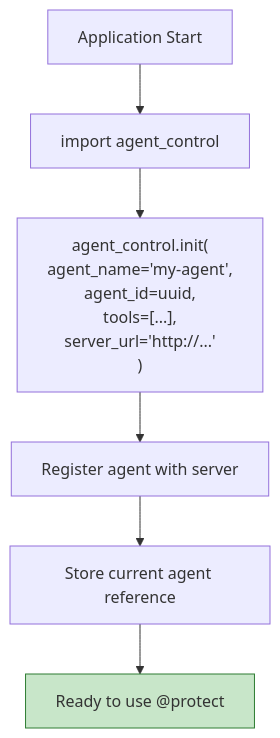
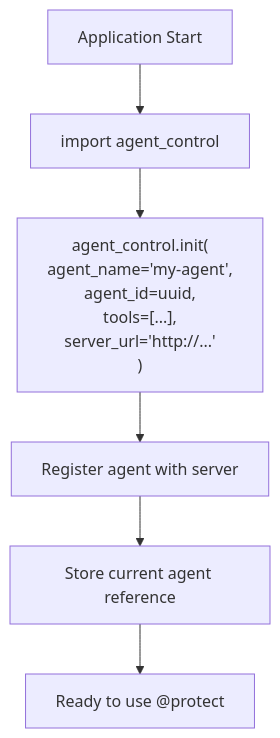
One commit to agentcontrol/agent-control changed the ninth of 10 diagrams in diagrams/10-sdk-architecture.md. Above: the diagram before and after it, drawn with Mermaid. The commit also changed other lines of this file and 9 other files, not shown here.

````diff
--- a/diagrams/10-sdk-architecture.md
+++ b/diagrams/10-sdk-architecture.md
@@ -216,22 +195,20 @@
 ```mermaid
 flowchart TD
     start["Application Start"]
     
     import_sdk["import agent_control"]
     
     init["agent_control.init(<br/>  agent_name='my-agent',<br/>  agent_id=uuid,<br/>  tools=[...],<br/>  server_url='http://...'<br/>)"]
     
     register["Register agent with server"]
     
     store["Store current agent reference"]
     
     ready["Ready to use @protect"]
 
     start --> import_sdk
     import_sdk --> init
     init --> register
     register --> store
     store --> ready
-
-    style ready fill:#c8e6c9,stroke:#2e7d32
 ```
````
